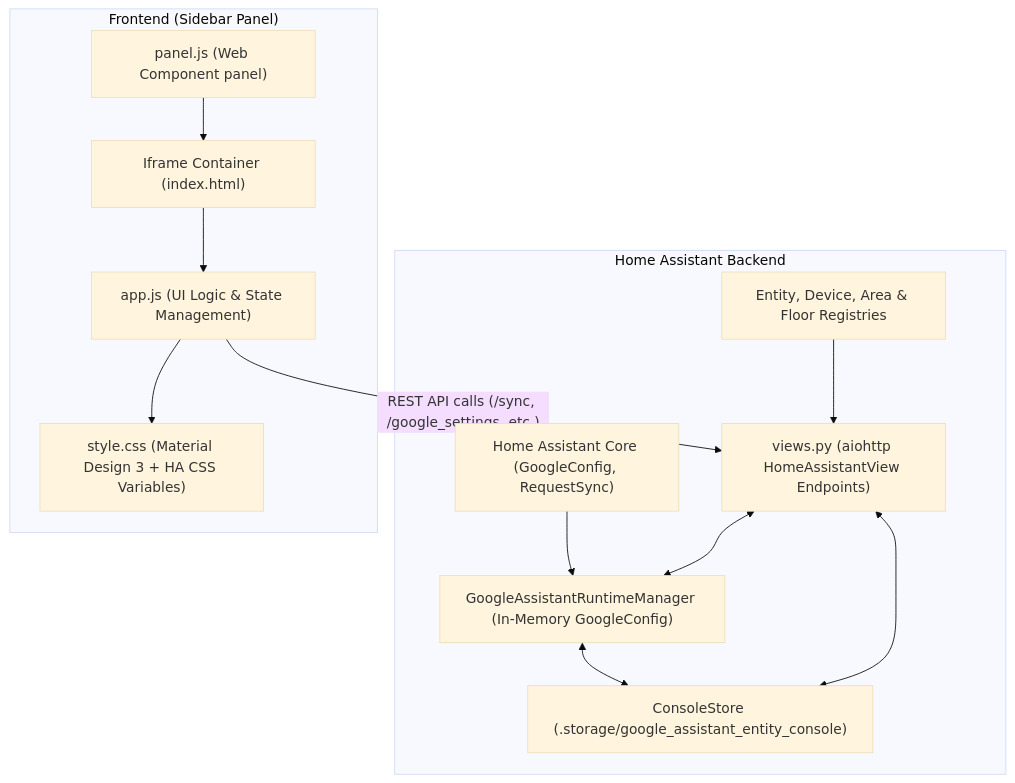
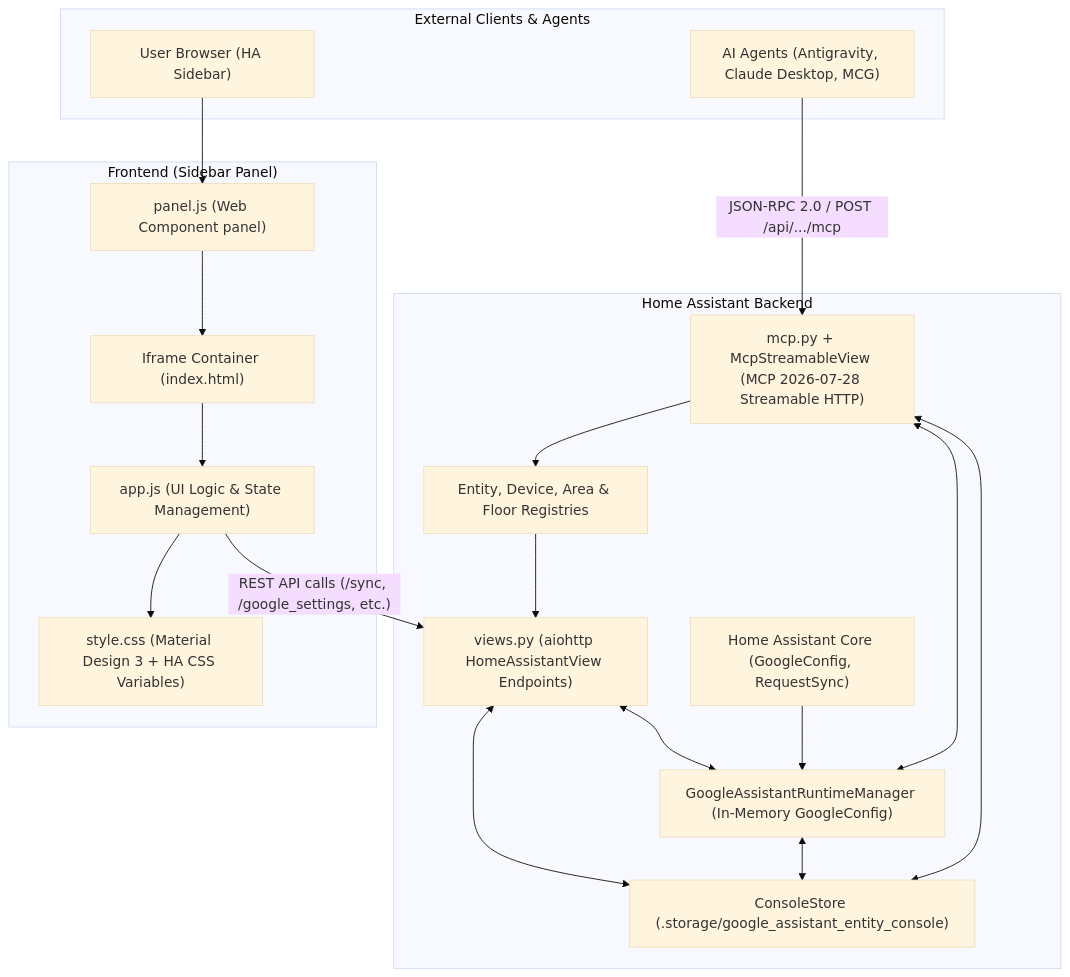
Before and after one commit to spelech/GoogleAssistantEntityConsole: the diagram in docs/ARCHITECTURE.md, drawn with Mermaid (base theme). The commit also changed other lines of this file and 1 other file, not shown here.

Commit message:
docs(mcp): document native MCP server endpoint and configuration

````diff
--- a/docs/ARCHITECTURE.md
+++ b/docs/ARCHITECTURE.md
@@ -13,27 +13,38 @@
 ```mermaid
 graph TD
+    subgraph ExternalClients ["External Clients & Agents"]
+        Agent["AI Agents (Antigravity, Claude Desktop, MCG)"]
+        BrowserUser["User Browser (HA Sidebar)"]
+    end
+
     subgraph HomeAssistantBackend ["Home Assistant Backend"]
         HARegistries["Entity, Device, Area & Floor Registries"]
         HACore["Home Assistant Core (GoogleConfig, RequestSync)"]
         Store["ConsoleStore (.storage/google_assistant_entity_console)"]
         Runtime["GoogleAssistantRuntimeManager (In-Memory GoogleConfig)"]
         ViewsPy["views.py (aiohttp HomeAssistantView Endpoints)"]
+        MCP["mcp.py + McpStreamableView (MCP 2026-07-28 Streamable HTTP)"]
     end
 
     subgraph FrontendSidebar ["Frontend (Sidebar Panel)"]
         PanelJS["panel.js (Web Component panel)"]
         Iframe["Iframe Container (index.html)"]
         AppJS["app.js (UI Logic & State Management)"]
         StyleCSS["style.css (Material Design 3 + HA CSS Variables)"]
     end
 
+    BrowserUser --> PanelJS
+    Agent -- JSON-RPC 2.0 / POST /api/.../mcp --> MCP
+    MCP <--> Store
+    MCP <--> Runtime
+    MCP --> HARegistries
     HARegistries --> ViewsPy
     HACore --> Runtime
     Runtime <--> Store
     ViewsPy <--> Store
     ViewsPy <--> Runtime
     PanelJS --> Iframe
     Iframe --> AppJS
     AppJS --> StyleCSS
     AppJS -- REST API calls (/sync, /google_settings, etc.) --> ViewsPy
 ```
````
